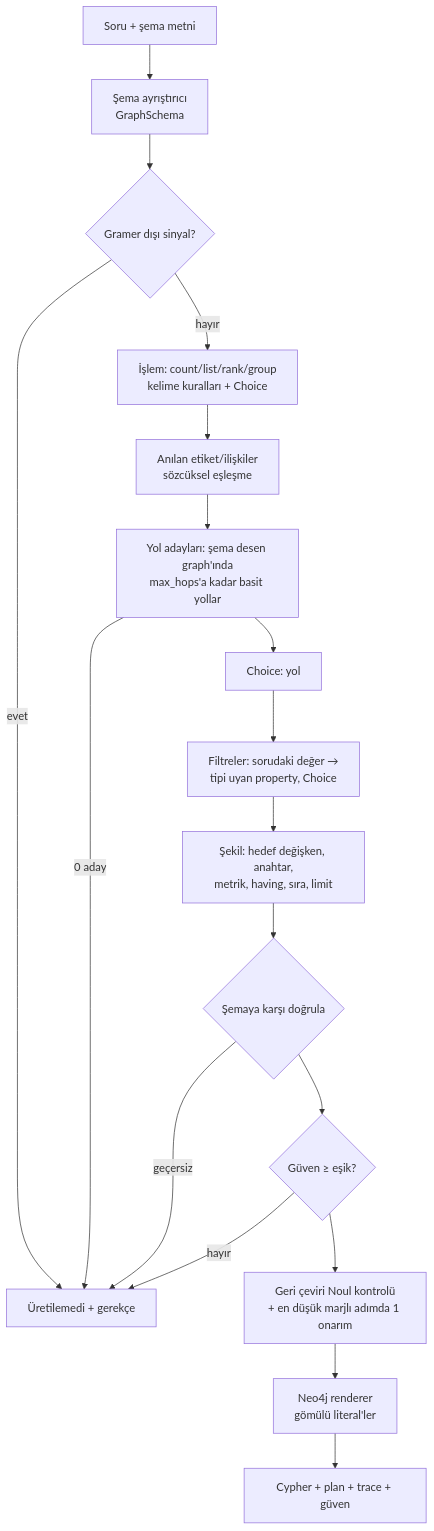
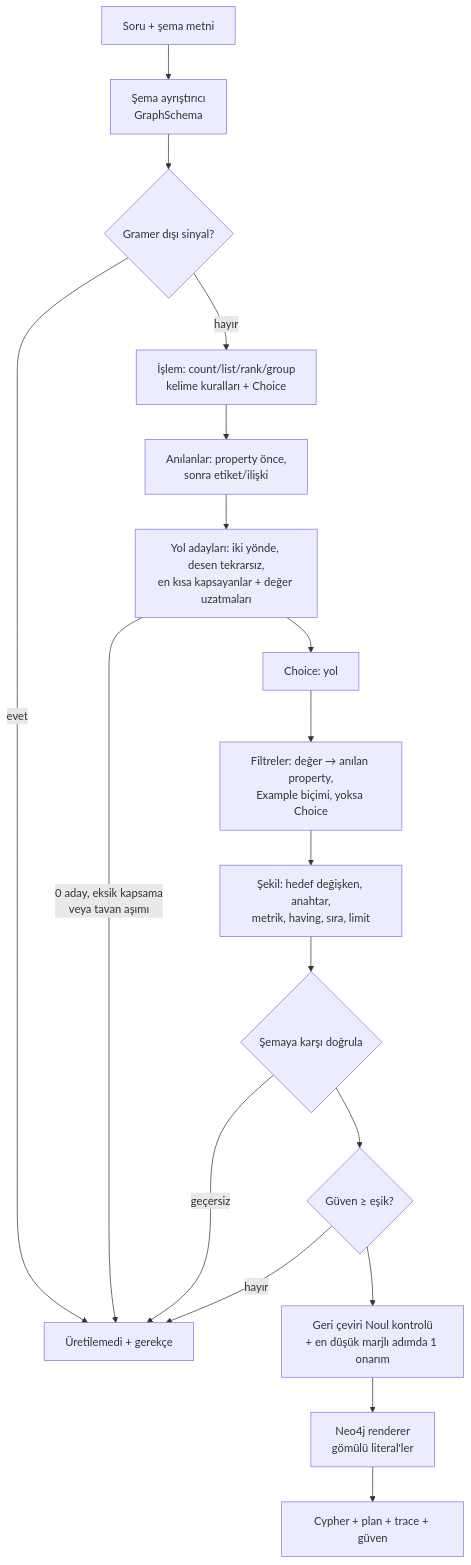
One commit to ismail-codar/laya-jev-GraphRAG changed the first of 2 diagrams in docs/plans/2026-09-26-001-feat-schema-text2cypher-planner-plan.md. Above: the diagram before and after it, drawn with Mermaid. The commit also changed other lines of this file, not shown here.

````diff
--- a/docs/plans/2026-09-26-001-feat-schema-text2cypher-planner-plan.md
+++ b/docs/plans/2026-09-26-001-feat-schema-text2cypher-planner-plan.md
@@ -105,20 +109,20 @@
 ```mermaid
 flowchart TB
   IN[Soru + şema metni] --> SP[Şema ayrıştırıcı<br/>GraphSchema]
   SP --> GK{Gramer dışı sinyal?}
   GK -->|evet| FAIL
   GK -->|hayır| OP[İşlem: count/list/rank/group<br/>kelime kuralları + Choice]
-  OP --> MEN[Anılan etiket/ilişkiler<br/>sözcüksel eşleşme]
-  MEN --> PATH[Yol adayları: şema desen graph'ında<br/>max_hops'a kadar basit yollar]
-  PATH -->|0 aday| FAIL[Üretilemedi + gerekçe]
+  OP --> MEN[Anılanlar: property önce,<br/>sonra etiket/ilişki]
+  MEN --> PATH[Yol adayları: iki yönde, desen tekrarsız,<br/>en kısa kapsayanlar + değer uzatmaları]
+  PATH -->|0 aday, eksik kapsama<br/>veya tavan aşımı| FAIL[Üretilemedi + gerekçe]
   PATH --> PC[Choice: yol]
-  PC --> FIL[Filtreler: sorudaki değer →<br/>tipi uyan property, Choice]
+  PC --> FIL[Filtreler: değer → anılan property,<br/>Example biçimi, yoksa Choice]
   FIL --> SH[Şekil: hedef değişken, anahtar,<br/>metrik, having, sıra, limit]
   SH --> VAL{Şemaya karşı doğrula}
   VAL -->|geçersiz| FAIL
   VAL --> CHK{Güven ≥ eşik?}
   CHK -->|hayır| FAIL
   CHK --> RB[Geri çeviri Noul kontrolü<br/>+ en düşük marjlı adımda 1 onarım]
   RB --> R[Neo4j renderer<br/>gömülü literal'ler]
   R --> OUT[Cypher + plan + trace + güven]
 ```
````
